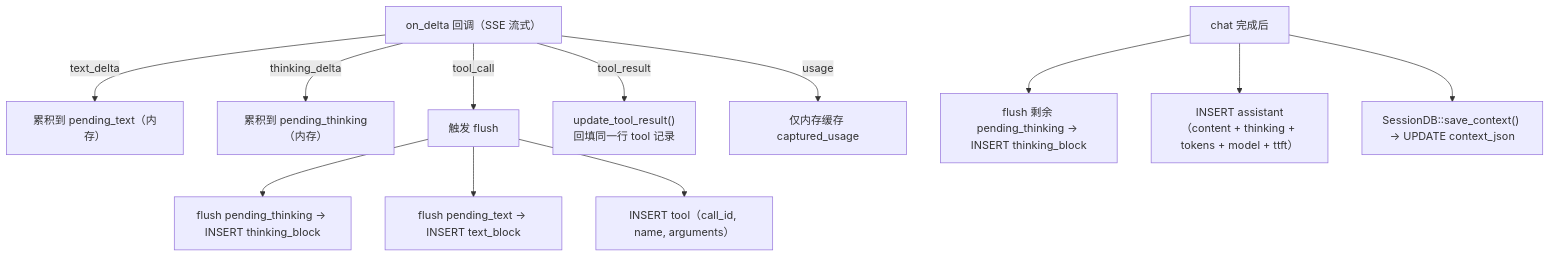
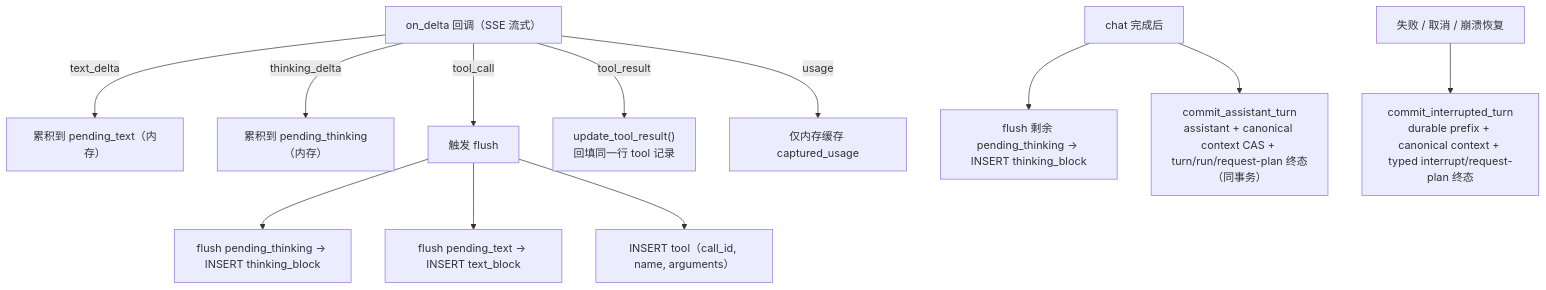
One commit to shiwenwen/hope-agent changed diagram 13 of 16 in docs/architecture/core/provider-system.md. Above: the diagram before and after it, drawn with Mermaid. The commit also changed other lines of this file and 124 other files, not shown here.

````diff
--- a/docs/architecture/core/provider-system.md
+++ b/docs/architecture/core/provider-system.md
@@ -665,17 +677,17 @@
 ```mermaid
 flowchart TD
   SSE["on_delta 回调（SSE 流式）"]
   SSE -->|text_delta| PT["累积到 pending_text（内存）"]
   SSE -->|thinking_delta| PK["累积到 pending_thinking（内存）"]
   SSE -->|tool_call| FLUSH["触发 flush"]
   SSE -->|tool_result| UPD["update_tool_result()<br/>回填同一行 tool 记录"]
   SSE -->|usage| MEM["仅内存缓存 captured_usage"]
 
   FLUSH --> FK["flush pending_thinking → INSERT thinking_block"]
   FLUSH --> FT["flush pending_text → INSERT text_block"]
   FLUSH --> IT["INSERT tool（call_id, name, arguments）"]
 
   DONE["chat 完成后"] --> FKREM["flush 剩余 pending_thinking → INSERT thinking_block"]
-  DONE --> ASST["INSERT assistant（content + thinking + tokens + model + ttft）"]
-  DONE --> CTX["SessionDB::save_context() → UPDATE context_json"]
+  DONE --> FINAL["commit_assistant_turn<br/>assistant + canonical context CAS + turn/run/request-plan 终态（同事务）"]
+  FAIL["失败 / 取消 / 崩溃恢复"] --> INTERRUPT["commit_interrupted_turn<br/>durable prefix + canonical context + typed interrupt/request-plan 终态"]
 ```
````
